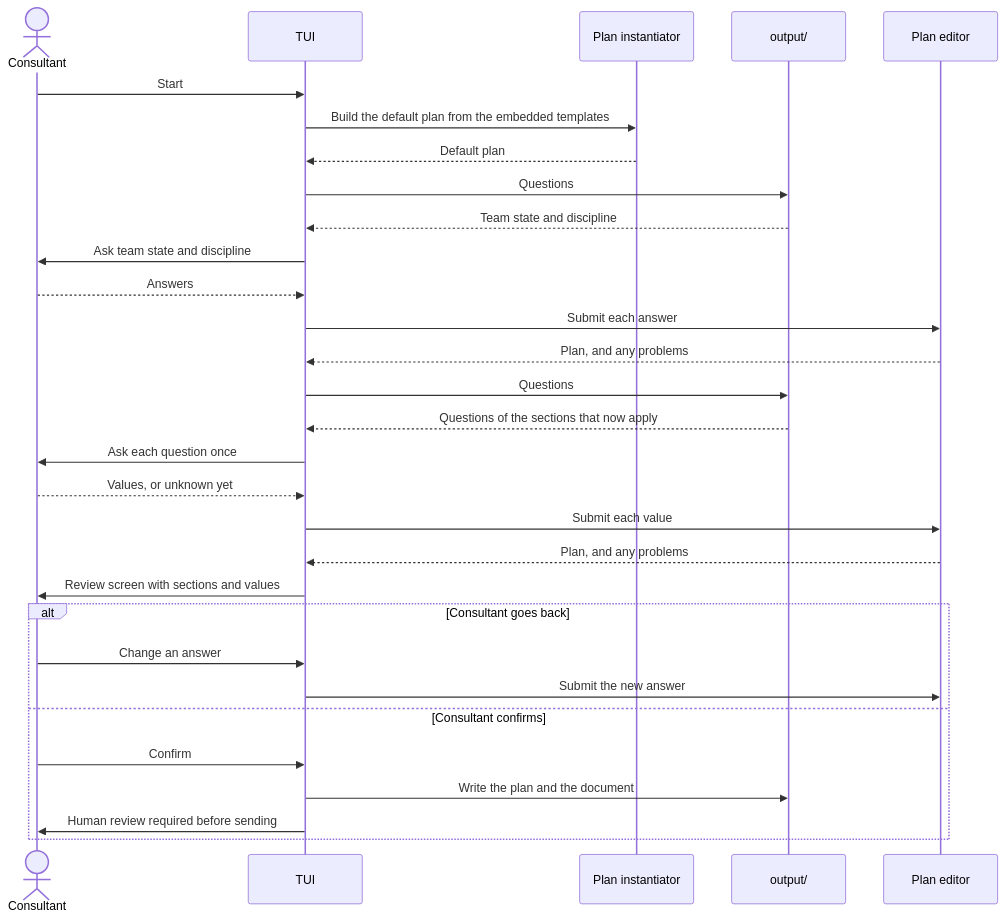
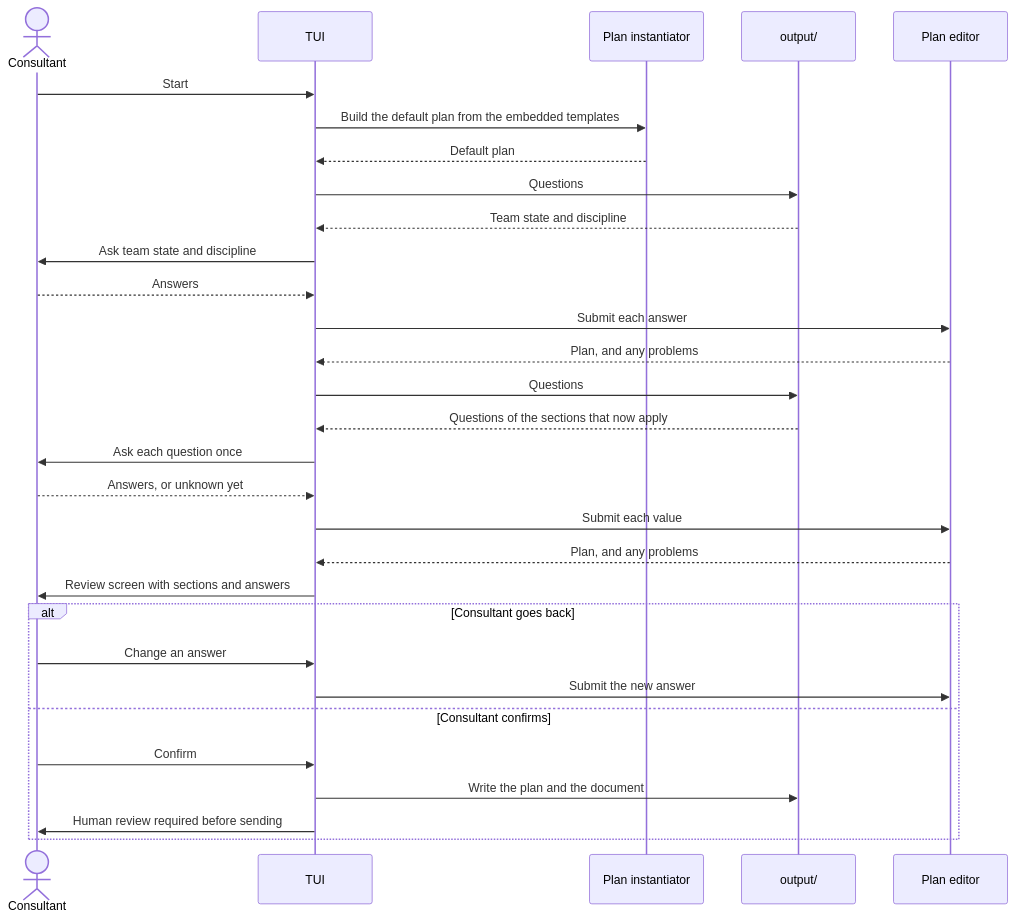
The first of 2 diagrams in docs/architecture/walkthrough-sequence.md (8thlight-daveloper/onboard-kit), drawn with Mermaid before and after one commit. The commit also changed other lines of this file and 13 other files, not shown here.

Commit message:
Rename the plan's values to answers

````diff
--- a/docs/architecture/walkthrough-sequence.md
+++ b/docs/architecture/walkthrough-sequence.md
@@ -9,34 +9,34 @@
 ```mermaid
 sequenceDiagram
     actor C as Consultant
     participant T as TUI
     participant I as Plan instantiator
     participant F as Question finder
     participant E as Plan editor
     participant F as output/
 
     C->>T: Start
     T->>I: Build the default plan from the embedded templates
     I-->>T: Default plan
     T->>F: Questions
     F-->>T: Team state and discipline
     T->>C: Ask team state and discipline
     C-->>T: Answers
     T->>E: Submit each answer
     E-->>T: Plan, and any problems
     T->>F: Questions
     F-->>T: Questions of the sections that now apply
     T->>C: Ask each question once
-    C-->>T: Values, or unknown yet
+    C-->>T: Answers, or unknown yet
     T->>E: Submit each value
     E-->>T: Plan, and any problems
-    T->>C: Review screen with sections and values
+    T->>C: Review screen with sections and answers
     alt Consultant goes back
         C->>T: Change an answer
         T->>E: Submit the new answer
     else Consultant confirms
         C->>T: Confirm
         T->>F: Write the plan and the document
         T->>C: Human review required before sending
     end
 ```
````
